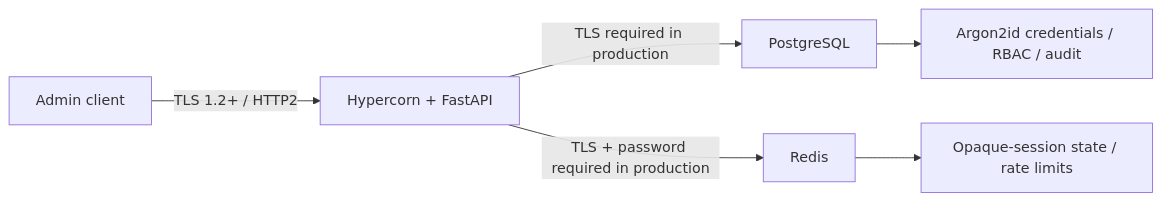
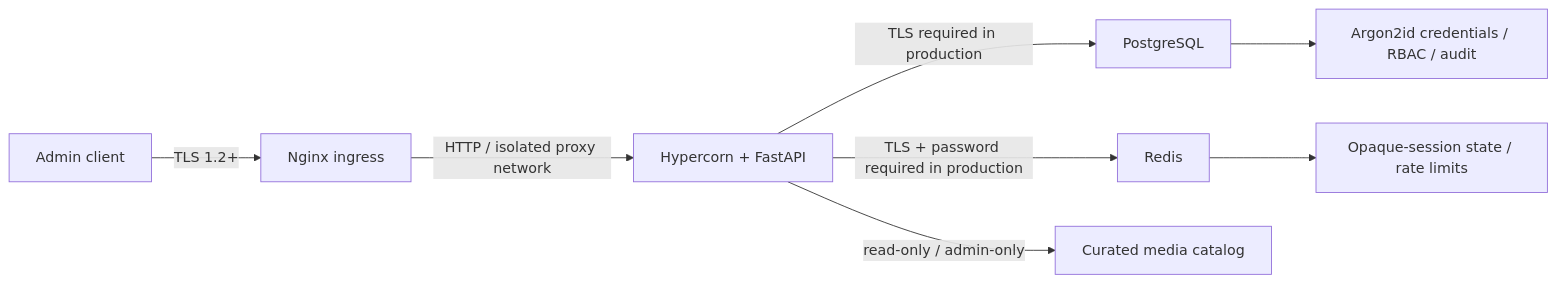
The diagram in docs/security.md (GolangDeveloperAlmir/services), drawn with Mermaid before and after one commit. The commit also changed other lines of this file and 40 other files, not shown here.

````diff
--- a/docs/security.md
+++ b/docs/security.md
@@ -35,8 +41,10 @@
 ```mermaid
 flowchart LR
-    Browser["Admin client"] -->|"TLS 1.2+ / HTTP2"| Hypercorn["Hypercorn + FastAPI"]
+    Browser["Admin client"] -->|"TLS 1.2+"| Nginx["Nginx ingress"]
+    Nginx -->|"HTTP / isolated proxy network"| Hypercorn["Hypercorn + FastAPI"]
     Hypercorn -->|"TLS required in production"| PostgreSQL
     Hypercorn -->|"TLS + password required in production"| Redis
+    Hypercorn -->|"read-only / admin-only"| Media["Curated media catalog"]
     PostgreSQL --> Credentials["Argon2id credentials / RBAC / audit"]
     Redis --> Sessions["Opaque-session state / rate limits"]
 ```
````
